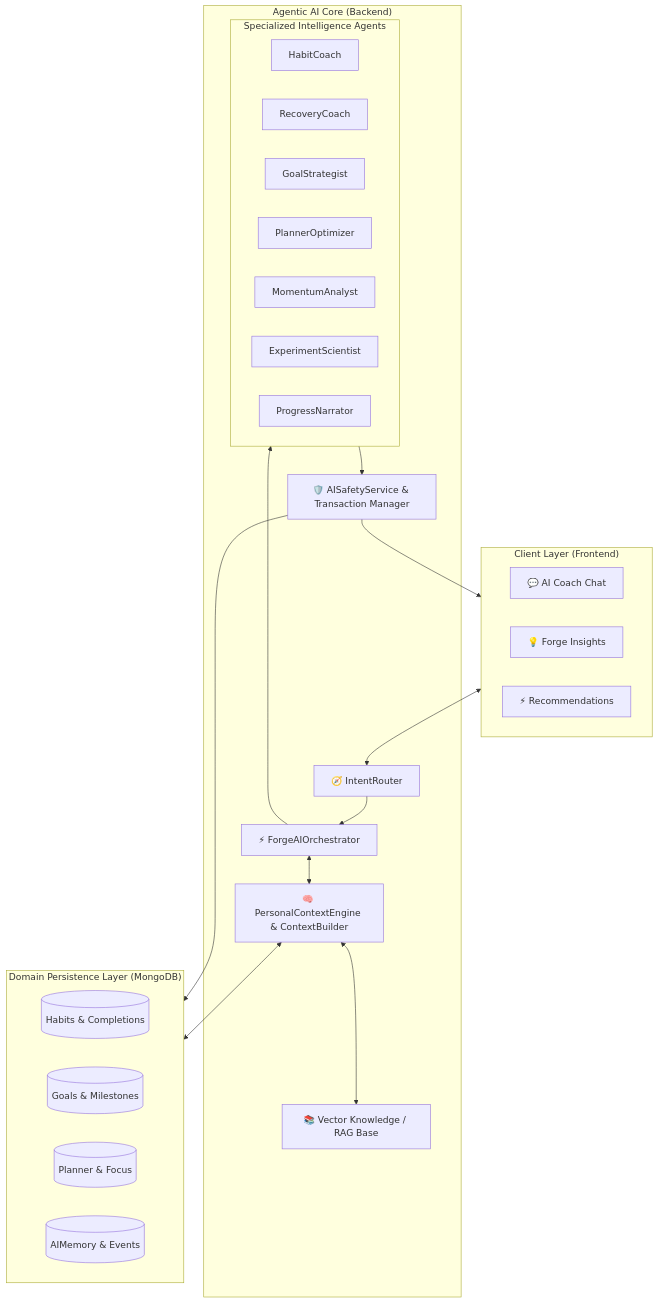
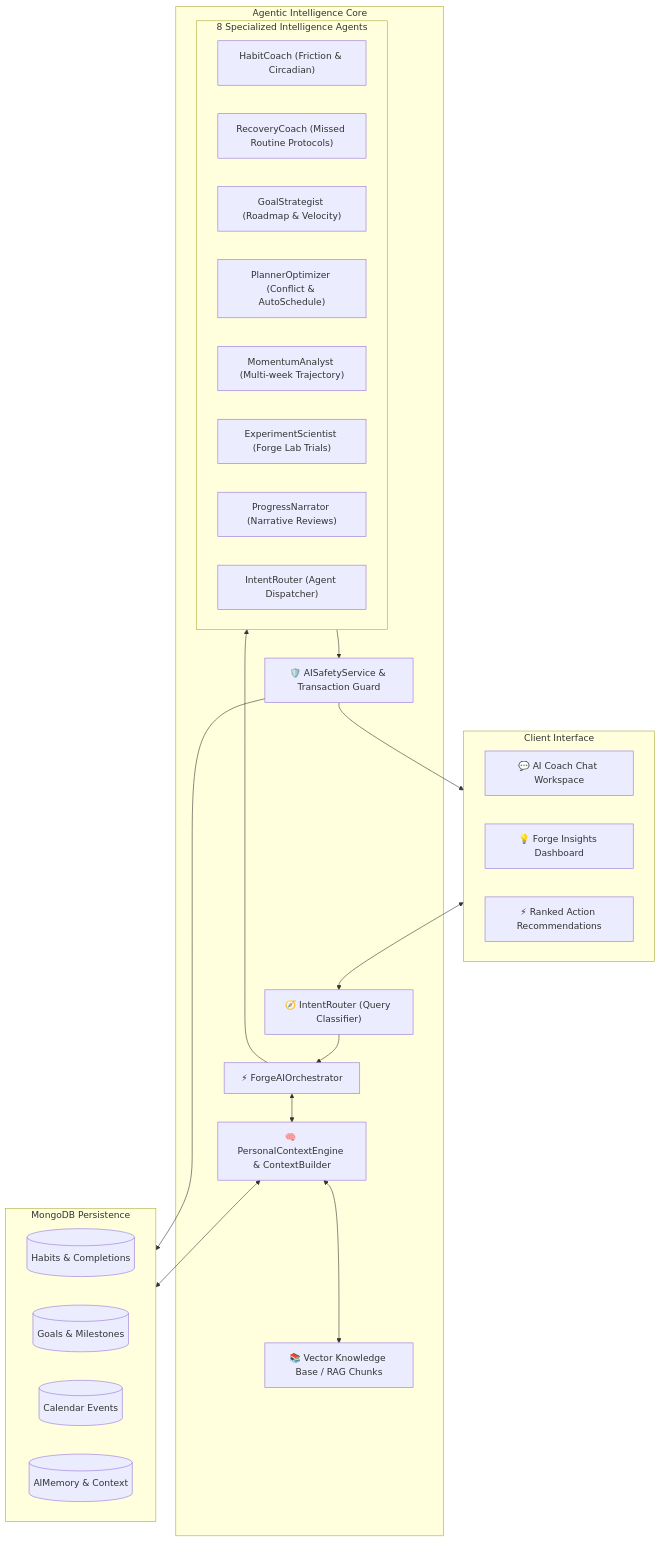
Before and after one commit to tensor-ops/DailyForge: the fourth of 5 diagrams in README.md, drawn with Mermaid. The commit also changed other lines of this file, not shown here.

````diff
--- a/README.md
+++ b/README.md
@@ -163,44 +226,45 @@
 ```mermaid
 flowchart TD
-    subgraph UI ["Client Layer (Frontend)"]
-        Chat["💬 AI Coach Chat"]
-        InsightsUI["💡 Forge Insights"]
-        RecsUI["⚡ Recommendations"]
+    subgraph ClientLayer ["Client Interface"]
+        Chat["💬 AI Coach Chat Workspace"]
+        InsightsUI["💡 Forge Insights Dashboard"]
+        RecsUI["⚡ Ranked Action Recommendations"]
     end
 
-    subgraph Orchestrator ["Agentic AI Core (Backend)"]
-        Router["🧭 IntentRouter"]
+    subgraph CoreEngine ["Agentic Intelligence Core"]
+        Router["🧭 IntentRouter (Query Classifier)"]
         Context["🧠 PersonalContextEngine & ContextBuilder"]
         Orch["⚡ ForgeAIOrchestrator"]
         
-        subgraph Agents ["Specialized Intelligence Agents"]
-            HC["HabitCoach"]
-            RC["RecoveryCoach"]
-            GS["GoalStrategist"]
-            PO["PlannerOptimizer"]
-            MA["MomentumAnalyst"]
-            ES["ExperimentScientist"]
-            PN["ProgressNarrator"]
+        subgraph SpecializedAgents ["8 Specialized Intelligence Agents"]
+            HC["HabitCoach (Friction & Circadian)"]
+            RC["RecoveryCoach (Missed Routine Protocols)"]
+            GS["GoalStrategist (Roadmap & Velocity)"]
+            PO["PlannerOptimizer (Conflict & AutoSchedule)"]
+            MA["MomentumAnalyst (Multi-week Trajectory)"]
+            ES["ExperimentScientist (Forge Lab Trials)"]
+            PN["ProgressNarrator (Narrative Reviews)"]
+            IR["IntentRouter (Agent Dispatcher)"]
         end
         
-        RAG["📚 Vector Knowledge / RAG Base"]
-        Safety["🛡️ AISafetyService & Transaction Manager"]
+        RAG["📚 Vector Knowledge Base / RAG Chunks"]
+        Safety["🛡️ AISafetyService & Transaction Guard"]
     end
 
-    subgraph Data ["Domain Persistence Layer (MongoDB)"]
-        M1[(Habits & Completions)]
-        M2[(Goals & Milestones)]
-        M3[(Planner & Focus)]
-        M4[(AIMemory & Events)]
+    subgraph DatabaseLayer ["MongoDB Persistence"]
+        DB1[(Habits & Completions)]
+        DB2[(Goals & Milestones)]
+        DB3[(Calendar Events)]
+        DB4[(AIMemory & Context)]
     end
 
-    UI <--> Router
+    ClientLayer <--> Router
     Router --> Orch
     Orch <--> Context
-    Context <--> Data
+    Context <--> DatabaseLayer
     Context <--> RAG
-    Orch --> Agents
-    Agents --> Safety
-    Safety --> Data
-    Safety --> UI
+    Orch --> SpecializedAgents
+    SpecializedAgents --> Safety
+    Safety --> DatabaseLayer
+    Safety --> ClientLayer
 ```
````
